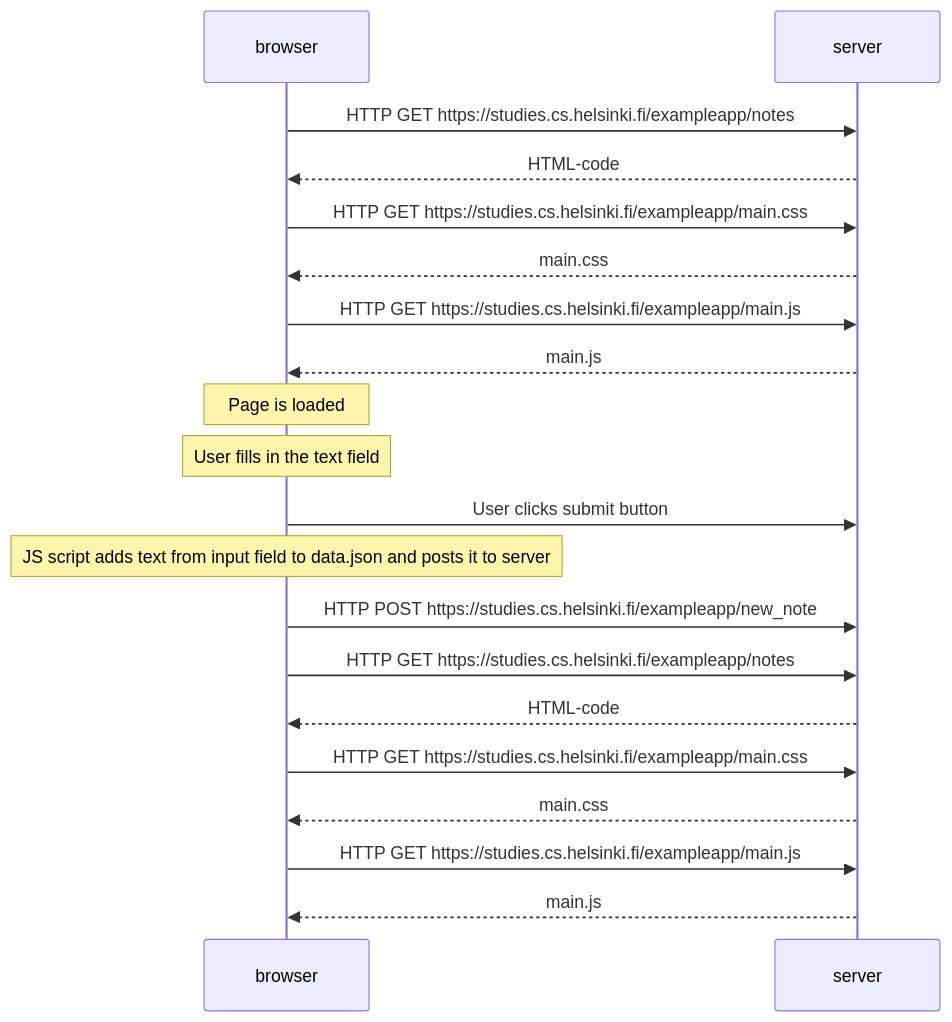
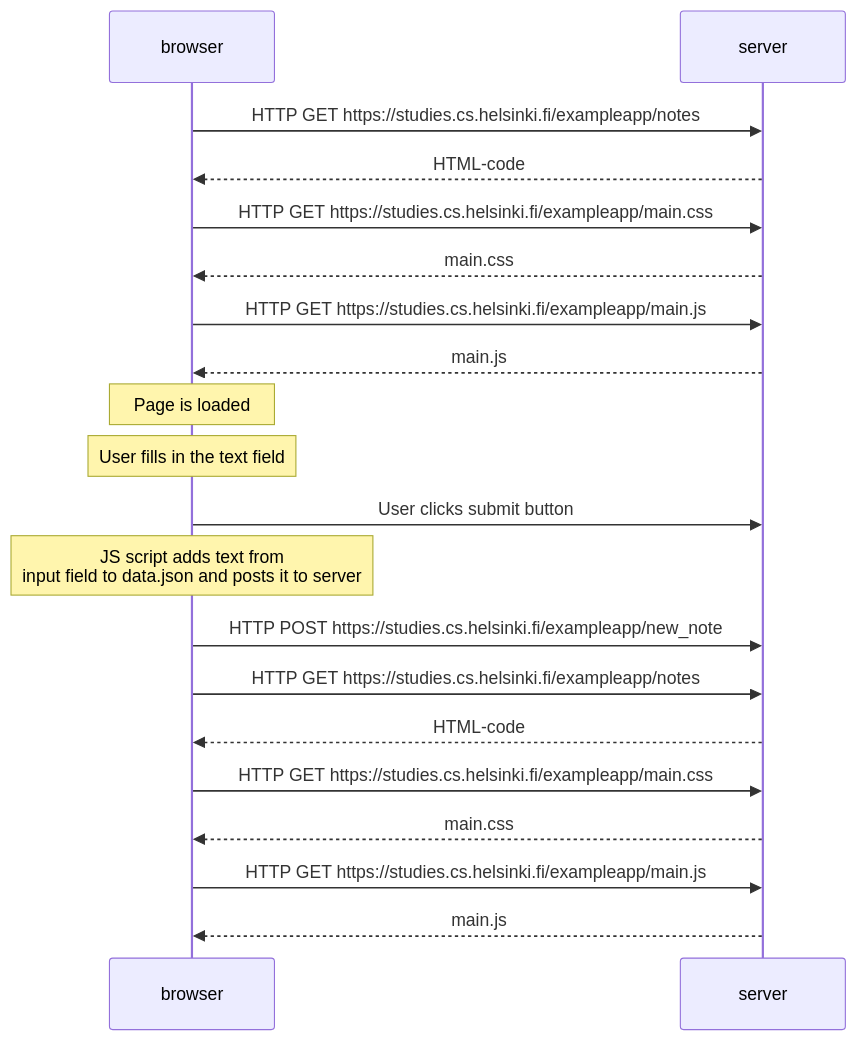
Before and after one commit to simon-archer/fullstack: the diagram in part0/0.4: New note diagram.md, drawn with Mermaid.

Commit message:
Update 0.4: New note diagram.md

````diff
--- a/part0/0.4: New note diagram.md
+++ b/part0/0.4: New note diagram.md
@@ -5,22 +5,22 @@
 ```mermaid
 sequenceDiagram
     participant browser
     participant server
     browser->>server: HTTP GET https://studies.cs.helsinki.fi/exampleapp/notes
     server-->>browser: HTML-code
     browser->>server: HTTP GET https://studies.cs.helsinki.fi/exampleapp/main.css
     server-->>browser: main.css
     browser->>server: HTTP GET https://studies.cs.helsinki.fi/exampleapp/main.js
     server-->>browser: main.js
     Note over browser: Page is loaded
     Note over browser: User fills in the text field
     browser->>server: User clicks submit button
-    Note over browser: JS script adds text from input field to data.json and posts it to server
+    Note over browser: JS script adds text from <br> input field to data.json and posts it to server
     browser->>server: HTTP POST https://studies.cs.helsinki.fi/exampleapp/new_note
     browser->>server: HTTP GET https://studies.cs.helsinki.fi/exampleapp/notes
     server-->>browser: HTML-code
     browser->>server: HTTP GET https://studies.cs.helsinki.fi/exampleapp/main.css
     server-->>browser: main.css
     browser->>server: HTTP GET https://studies.cs.helsinki.fi/exampleapp/main.js
     server-->>browser: main.js
 ```
````
